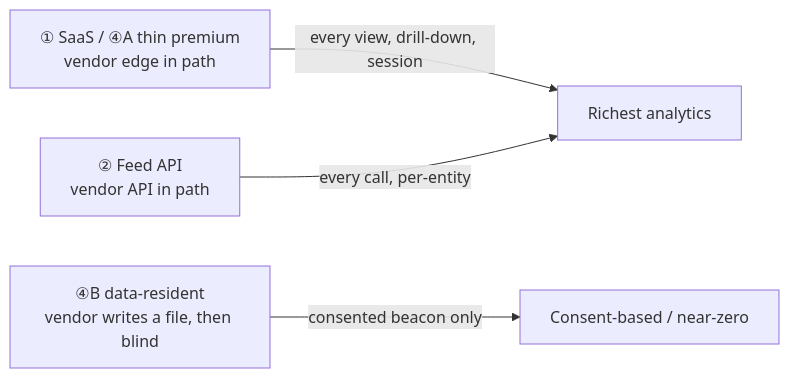
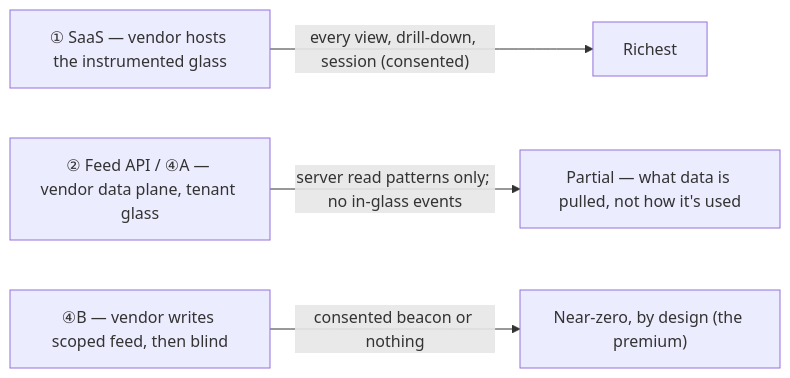
Before and after one commit to marcioyoshida/Signals-Competitor-Intelligence: the tenth of 11 diagrams in docs/2026-08-19-distribution-model.md, drawn with Mermaid. The commit also changed other lines of this file, not shown here.

First line of the commit message:
Distribution model: correct the premium's telemetry story (independence, not "full")

````diff
--- a/docs/2026-08-19-distribution-model.md
+++ b/docs/2026-08-19-distribution-model.md
@@ -425,6 +444,6 @@
 ```mermaid
 flowchart LR
-  A["① SaaS / ④A thin premium<br/>vendor edge in path"] -->|"every view, drill-down, session"| RICH["Richest analytics"]
-  B["② Feed API<br/>vendor API in path"] -->|"every call, per-entity"| RICH
-  C["④B data-resident<br/>vendor writes a file, then blind"] -->|"consented beacon only"| LOW["Consent-based / near-zero"]
+  A["① SaaS — vendor hosts the instrumented glass"] -->|"every view, drill-down, session (consented)"| RICH["Richest"]
+  B["② Feed API / ④A — vendor data plane, tenant glass"] -->|"server read patterns only; no in-glass events"| MID["Partial — what data is pulled, not how it's used"]
+  C["④B — vendor writes scoped feed, then blind"] -->|"consented beacon or nothing"| LOW["Near-zero, by design (the premium)"]
 ```
````
